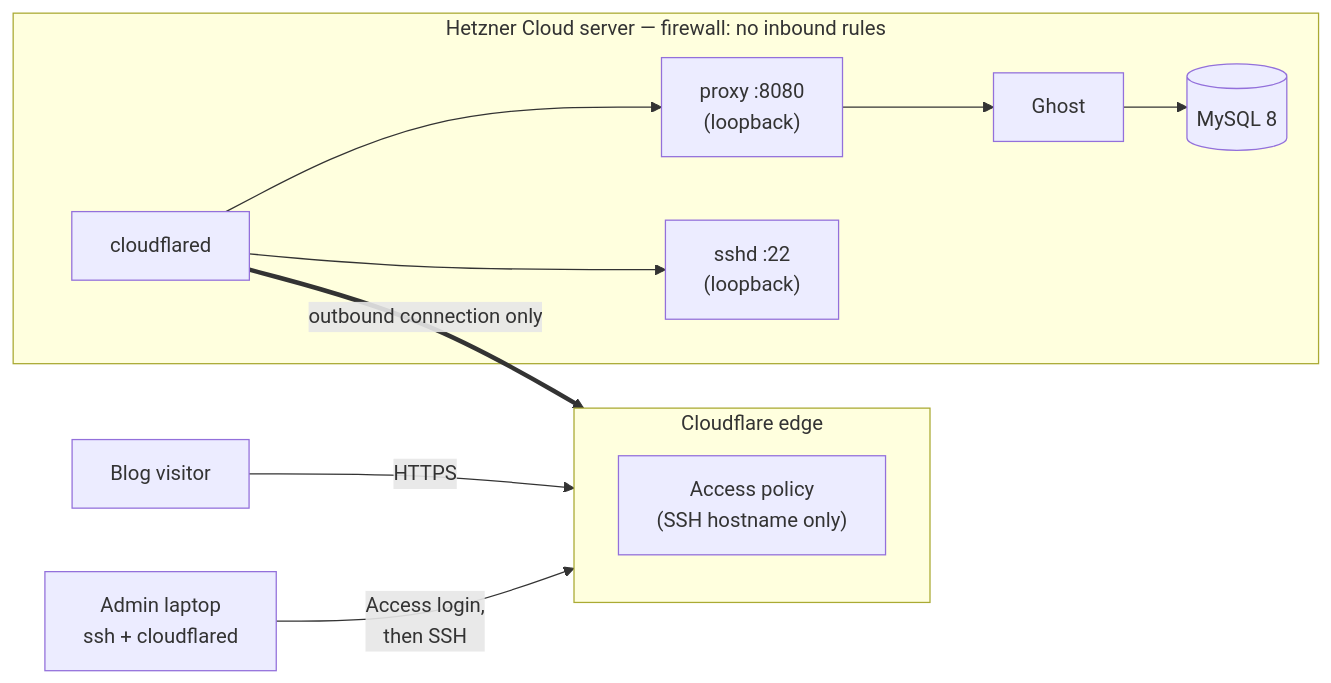
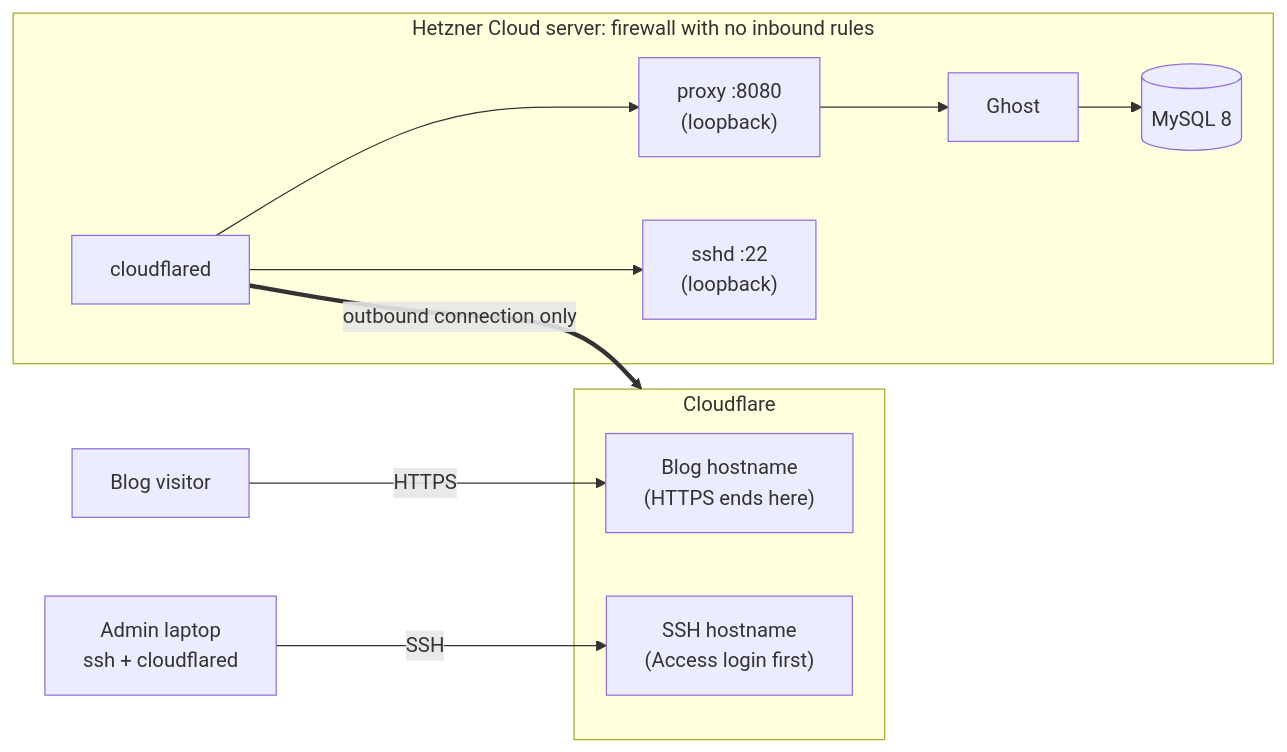
Before and after one commit to vahram2292/ghost-hetzner-tunnel: the diagram in README.md, drawn with Mermaid. The commit also changed other lines of this file, not shown here.

Commit message:
Clarify the diagram and record the mock-API test run
- Diagram: show the blog hostname and the SSH hostname as separate
  entry points at Cloudflare, so visitors are not drawn going through
  the Access policy
- README: deploy/re-run/destroy were exercised against a local fake of
  both APIs; correct the console troubleshooting wording

````diff
--- a/README.md
+++ b/README.md
@@ -12,21 +12,22 @@
 ```mermaid
 flowchart LR
-    Visitor["Blog visitor"] -- "HTTPS" --> CF
-    Admin["Admin laptop<br/>ssh + cloudflared"] -- "Access login,<br/>then SSH" --> CF
+    Visitor["Blog visitor"] -- "HTTPS" --> Edge
+    Admin["Admin laptop<br/>ssh + cloudflared"] -- "SSH" --> Access
 
-    subgraph CF["Cloudflare edge"]
-        Access["Access policy<br/>(SSH hostname only)"]
+    subgraph CF["Cloudflare"]
+        Edge["Blog hostname<br/>(HTTPS ends here)"]
+        Access["SSH hostname<br/>(Access login first)"]
     end
 
-    subgraph Hetzner["Hetzner Cloud server — firewall: no inbound rules"]
+    subgraph Hetzner["Hetzner Cloud server: firewall with no inbound rules"]
         Tunnel["cloudflared"]
         Proxy["proxy :8080<br/>(loopback)"]
         Ghost["Ghost"]
         DB[("MySQL 8")]
         SSHD["sshd :22<br/>(loopback)"]
         Tunnel --> Proxy --> Ghost --> DB
         Tunnel --> SSHD
     end
 
     Tunnel == "outbound connection only" ==> CF
 ```
````
